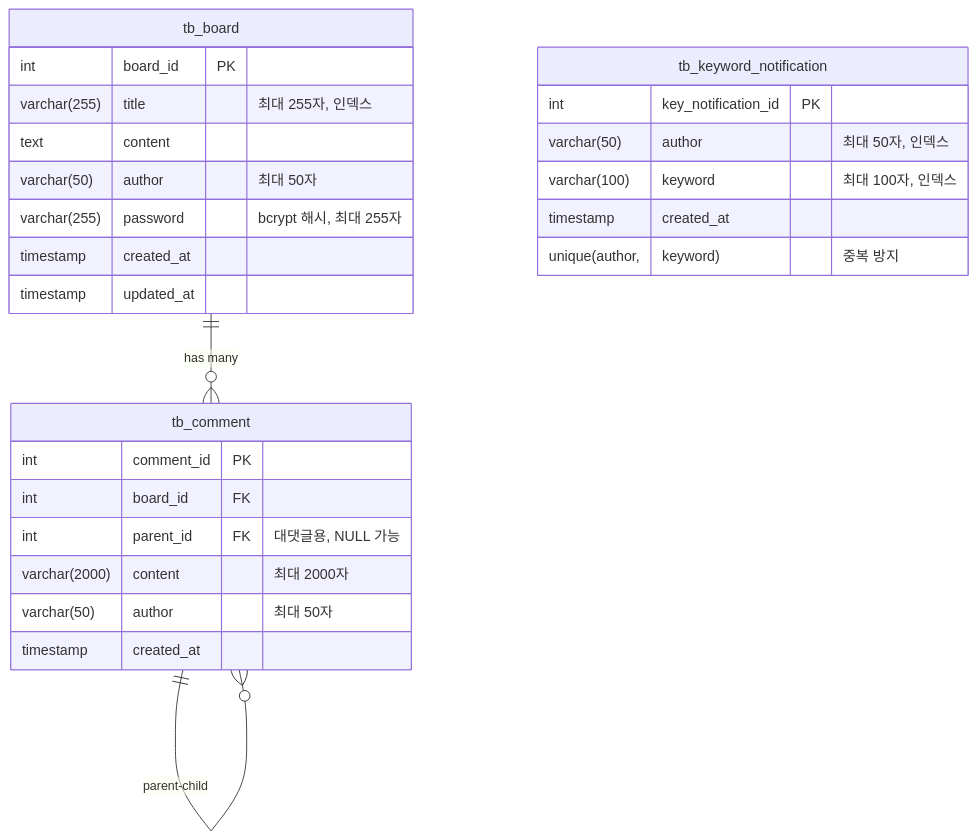
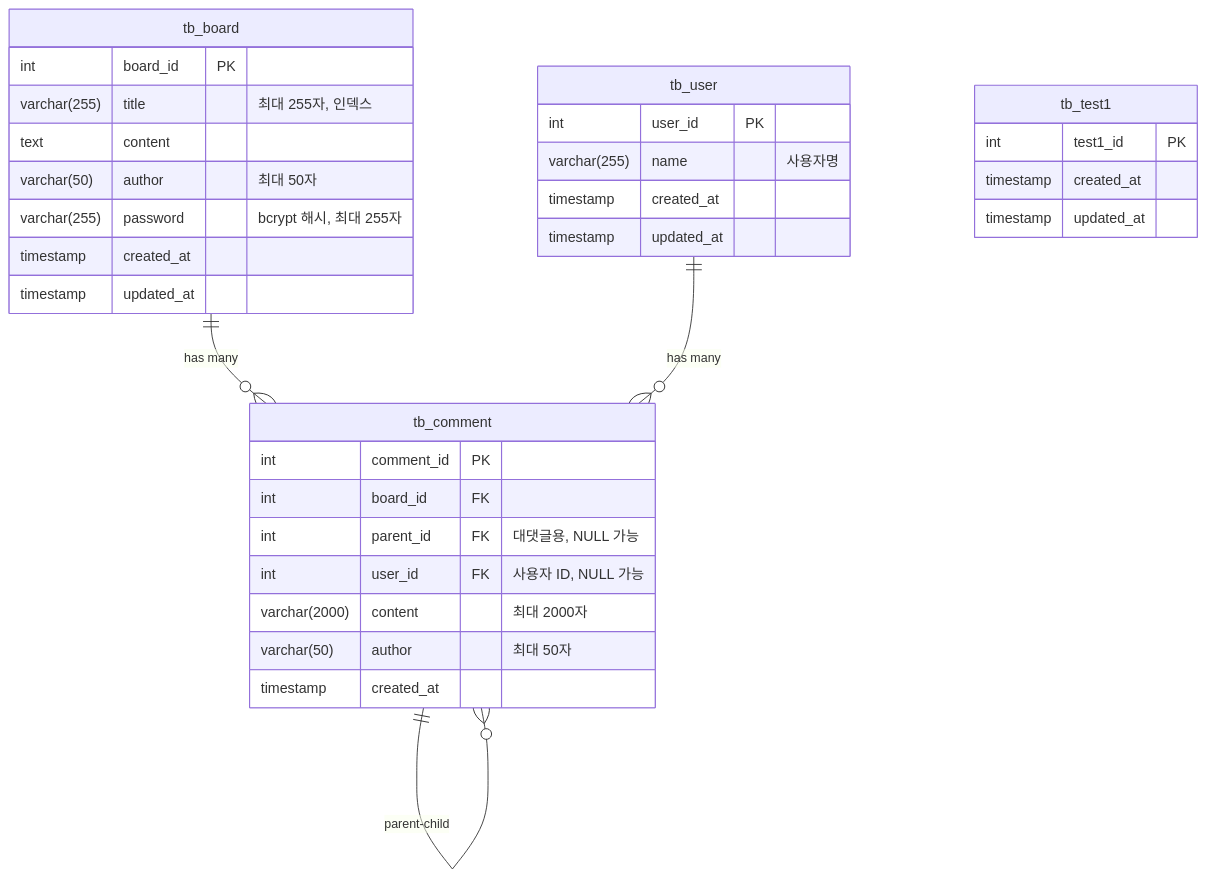
Before and after one commit to kimhyosung1/toy-project: the diagram in ssot/03_Database_Schema.md, drawn with Mermaid. The commit also changed other lines of this file and 10 other files, not shown here.

````diff
--- a/ssot/03_Database_Schema.md
+++ b/ssot/03_Database_Schema.md
@@ -53,32 +75,39 @@
 ```mermaid
 erDiagram
     tb_board ||--o{ tb_comment : "has many"
+    tb_user ||--o{ tb_comment : "has many"
     tb_comment ||--o{ tb_comment : "parent-child"
 
     tb_board {
         int board_id PK
         varchar(255) title "최대 255자, 인덱스"
         text content
         varchar(50) author "최대 50자"
         varchar(255) password "bcrypt 해시, 최대 255자"
         timestamp created_at
         timestamp updated_at
     }
 
     tb_comment {
         int comment_id PK
         int board_id FK
         int parent_id FK "대댓글용, NULL 가능"
+        int user_id FK "사용자 ID, NULL 가능"
         varchar(2000) content "최대 2000자"
         varchar(50) author "최대 50자"
         timestamp created_at
     }
 
-    tb_keyword_notification {
-        int key_notification_id PK
-        varchar(50) author "최대 50자, 인덱스"
-        varchar(100) keyword "최대 100자, 인덱스"
+    tb_user {
+        int user_id PK
+        varchar(255) name "사용자명"
         timestamp created_at
-        unique(author, keyword) "중복 방지"
+        timestamp updated_at
+    }
+
+    tb_test1 {
+        int test1_id PK
+        timestamp created_at
+        timestamp updated_at
     }
 ```
````
